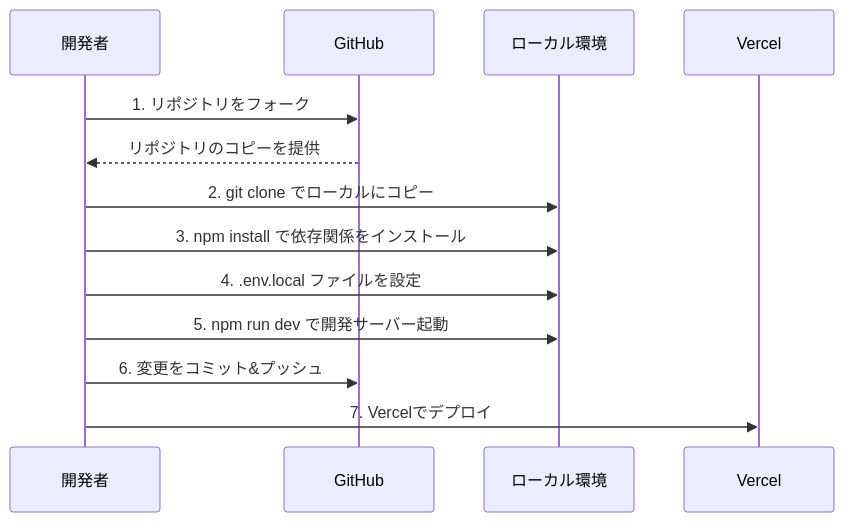
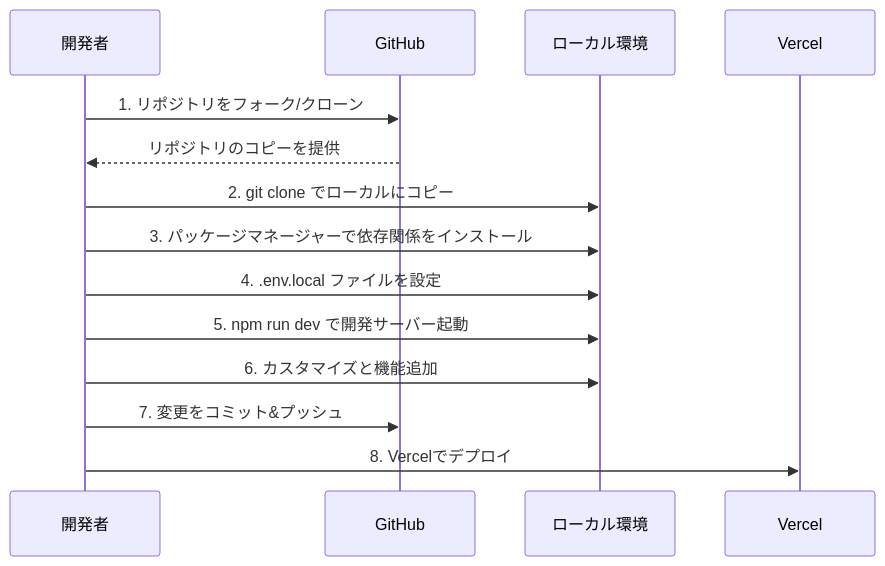
One commit to wit-maker/portfolio changed the diagram in README.md. Above: the diagram before and after it, drawn with Mermaid. The commit also changed other lines of this file, not shown here.

````diff
--- a/README.md
+++ b/README.md
@@ -280,16 +672,17 @@
 ```mermaid
 sequenceDiagram
     participant Dev as 開発者
     participant Git as GitHub
     participant Local as ローカル環境
     participant Vercel as Vercel
 
-    Dev->>Git: 1. リポジトリをフォーク
+    Dev->>Git: 1. リポジトリをフォーク/クローン
     Git-->>Dev: リポジトリのコピーを提供
     Dev->>Local: 2. git clone でローカルにコピー
-    Dev->>Local: 3. npm install で依存関係をインストール
+    Dev->>Local: 3. パッケージマネージャーで依存関係をインストール
     Dev->>Local: 4. .env.local ファイルを設定
     Dev->>Local: 5. npm run dev で開発サーバー起動
-    Dev->>Git: 6. 変更をコミット&プッシュ
-    Dev->>Vercel: 7. Vercelでデプロイ
+    Dev->>Local: 6. カスタマイズと機能追加
+    Dev->>Git: 7. 変更をコミット&プッシュ
+    Dev->>Vercel: 8. Vercelでデプロイ
 ```
````
